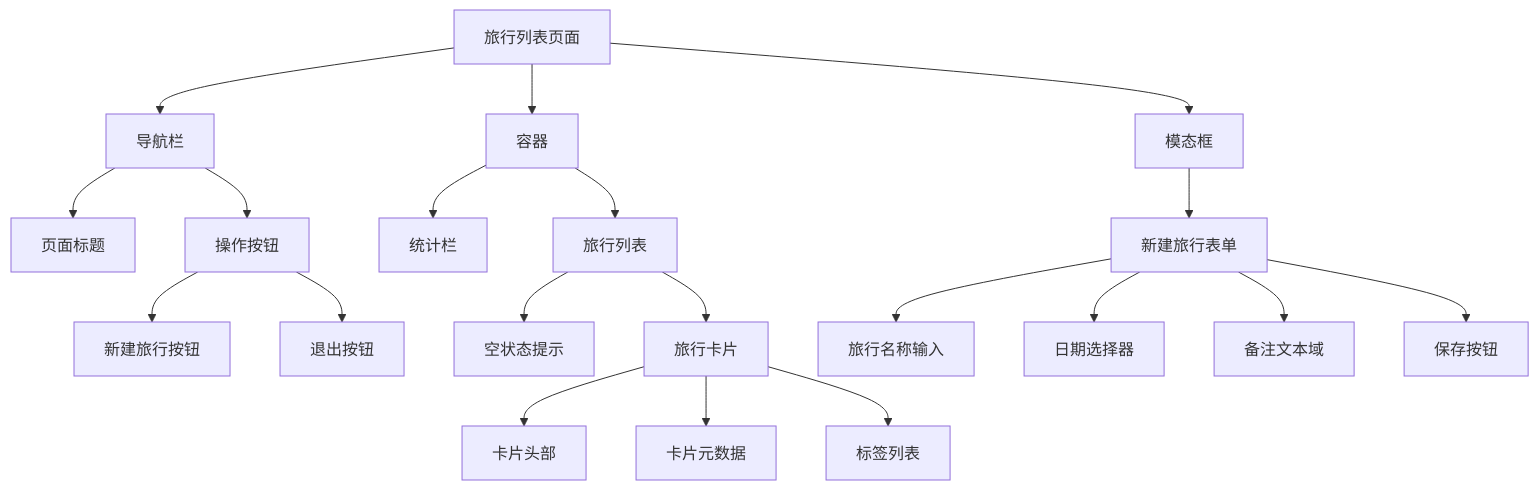
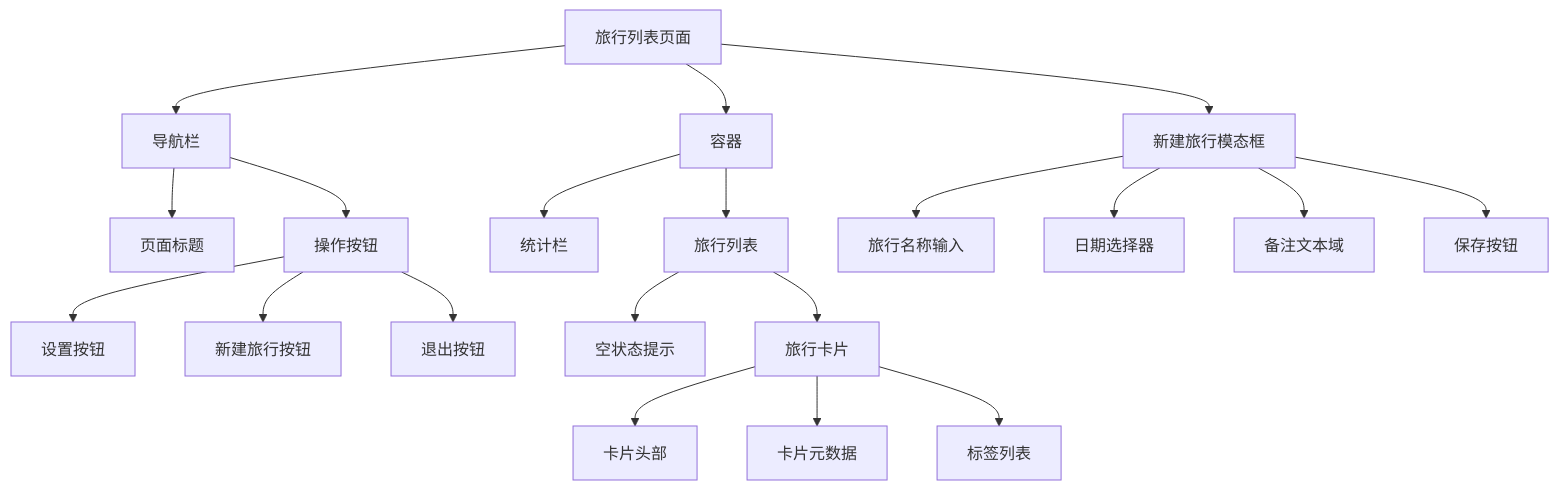
The eighth of 17 diagrams in .qoder/repowiki/zh/content/前端页面详解/前端页面详解.md (louyinmin/recorded), drawn with Mermaid before and after one commit. The commit also changed other lines of this file and 6 other files, not shown here.

````diff
--- a/.qoder/repowiki/zh/content/前端页面详解/前端页面详解.md
+++ b/.qoder/repowiki/zh/content/前端页面详解/前端页面详解.md
@@ -299,22 +328,22 @@
 ```mermaid
 flowchart TD
 A[旅行列表页面] --> B[导航栏]
 B --> C[页面标题]
 B --> D[操作按钮]
-D --> E[新建旅行按钮]
-D --> F[退出按钮]
-A --> G[容器]
-G --> H[统计栏]
-G --> I[旅行列表]
-I --> J[空状态提示]
-I --> K[旅行卡片]
-K --> L[卡片头部]
-K --> M[卡片元数据]
-K --> N[标签列表]
-A --> O[模态框]
-O --> P[新建旅行表单]
+D --> E[设置按钮]
+D --> F[新建旅行按钮]
+D --> G[退出按钮]
+A --> H[容器]
+H --> I[统计栏]
+H --> J[旅行列表]
+J --> K[空状态提示]
+J --> L[旅行卡片]
+L --> M[卡片头部]
+L --> N[卡片元数据]
+L --> O[标签列表]
+A --> P[新建旅行模态框]
 P --> Q[旅行名称输入]
 P --> R[日期选择器]
 P --> S[备注文本域]
 P --> T[保存按钮]
 ```
````
